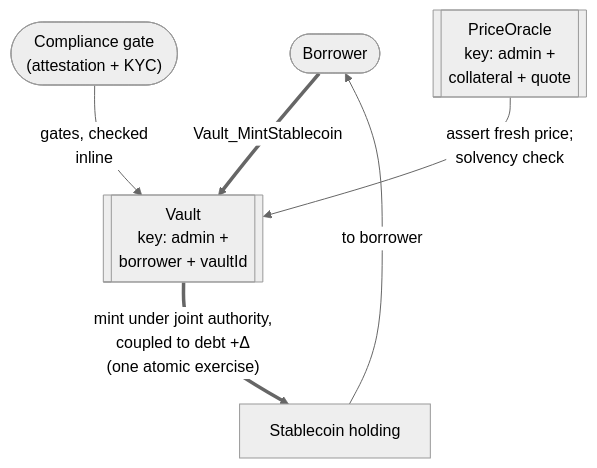
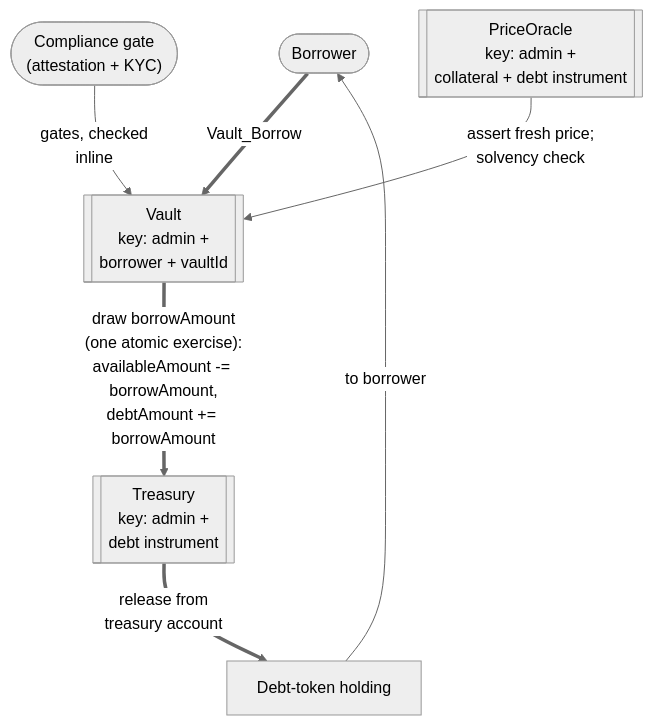
One commit to OpenZeppelin/canton-specs changed the fourth of 8 diagrams in docs/reference-architectures/lending.md. Above: the diagram before and after it, drawn with Mermaid (neutral theme). The commit also changed other lines of this file and 3 other files, not shown here.

````diff
--- a/docs/reference-architectures/lending.md
+++ b/docs/reference-architectures/lending.md
@@ -320,14 +317,16 @@
 ```mermaid
 flowchart TD
     Borrower([Borrower])
     Compliance(["Compliance gate<br/>(attestation + KYC)"])
-    Oracle[["PriceOracle<br/>key: admin +<br/>collateral + quote"]]
+    Oracle[["PriceOracle<br/>key: admin +<br/>collateral + debt instrument"]]
     Vault[["Vault<br/>key: admin +<br/>borrower + vaultId"]]
-    Coin["Stablecoin holding"]
+    Treasury[["Treasury<br/>key: admin +<br/>debt instrument"]]
+    Coin["Debt-token holding"]
 
-    Borrower ==>|"Vault_MintStablecoin"| Vault
+    Borrower ==>|"Vault_Borrow"| Vault
     Compliance -->|"gates, checked<br/>inline"| Vault
     Oracle -->|"assert fresh price;<br/>solvency check"| Vault
-    Vault ==>|"mint under joint authority,<br/>coupled to debt +Δ<br/>(one atomic exercise)"| Coin
+    Vault ==>|"draw borrowAmount<br/>(one atomic exercise):<br/>availableAmount -= borrowAmount,<br/>debtAmount += borrowAmount"| Treasury
+    Treasury ==>|"release from<br/>treasury account"| Coin
     Coin -->|"to borrower"| Borrower
 ```
````
